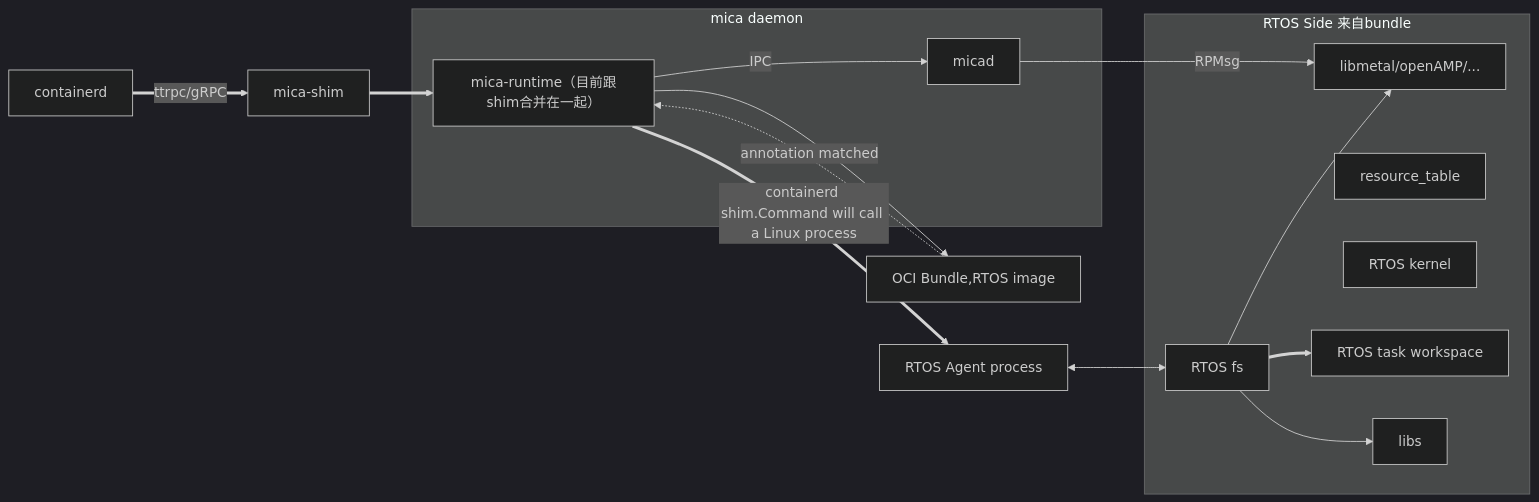
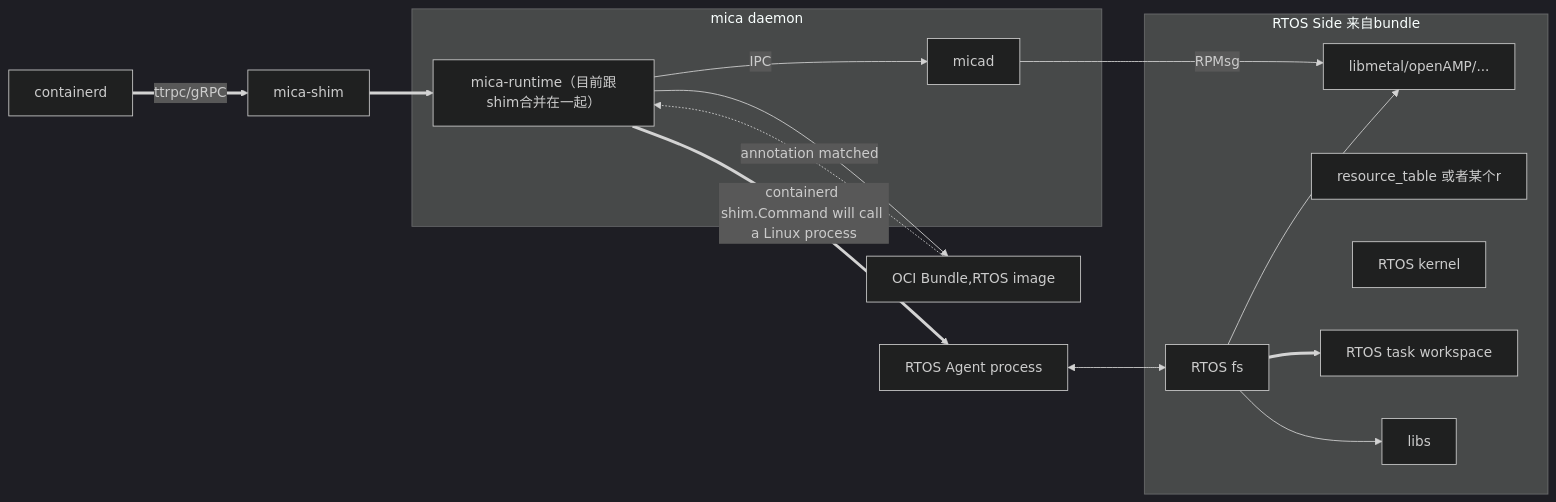
The diagram in all/未命名.md (Egg12138/iodraw-files), drawn with Mermaid (dark theme) before and after one commit.

Commit message:
2025-06-23 09:27:10 update

````diff
--- a/all/未命名.md
+++ b/all/未命名.md
@@ -1,25 +1,25 @@
 ```mermaid
 graph LR
     CD[containerd] ==>|ttrpc/gRPC| S
     S[mica-shim] ==> MR
     MR[mica-runtime（目前跟shim合并在一起）] -->|IPC| A[micad]
     MR -->C[OCI Bundle,RTOS image]
     MR ==>|containerd shim.Command will call a Linux process|AG[RTOS Agent process]
     A -->|RPMsg| B[RTOS Remote Core]
     C -.->|annotation matched| MR
     AG <--> D
     subgraph RTOS Side 来自bundle
-        RT[resource_table ]
+        RT[resource_table 或者某个r]
         K[RTOS kernel]
         B[libmetal/openAMP/...]
         D[RTOS fs] ==> E
         D --> L[libs]
         D --> B
         E[RTOS task workspace]
     end
 
     subgraph mica daemon
         A
         MR
     end
 ```
````
